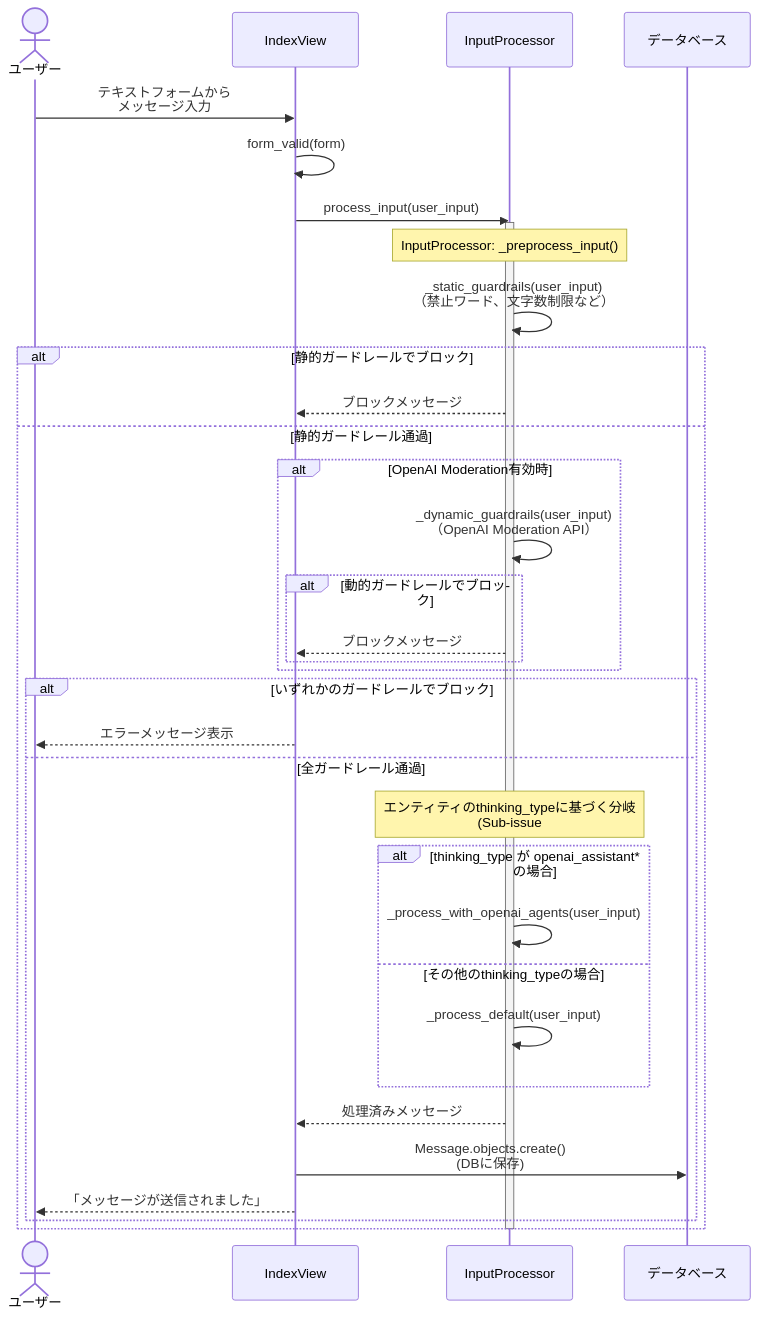
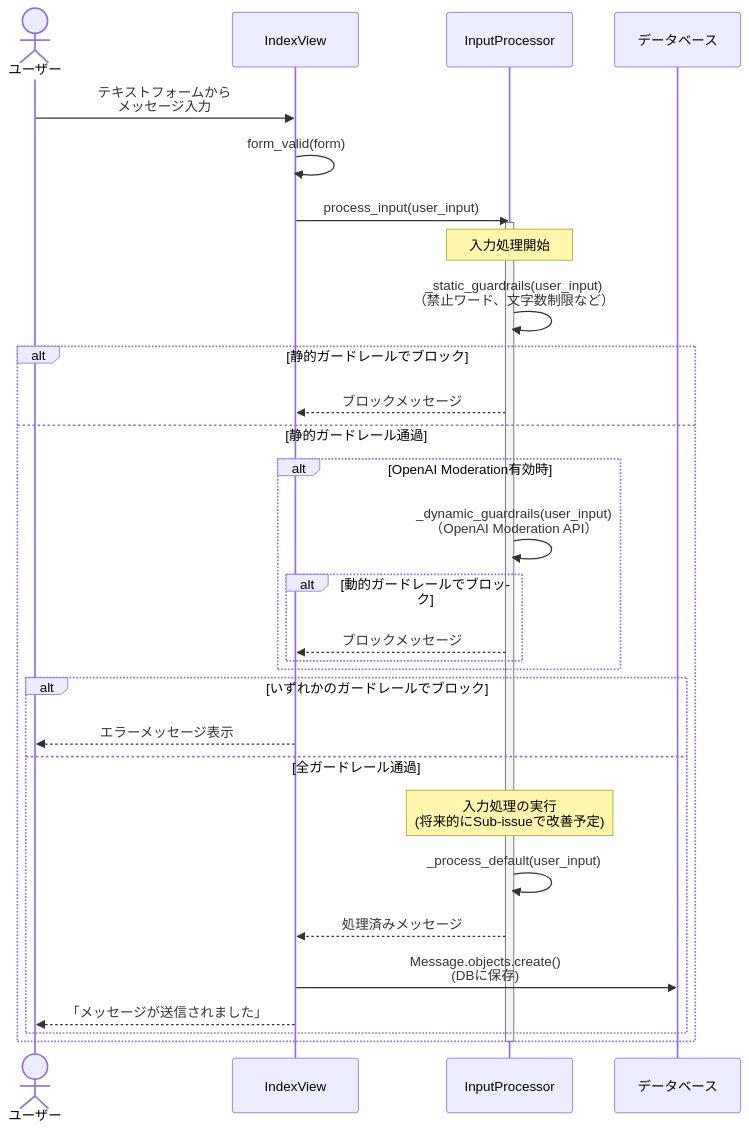
One commit to duri0214/portfolio changed the first of 2 diagrams in ai_agent/README.md. Above: the diagram before and after it, drawn with Mermaid. The commit also changed other lines of this file, not shown here.

Commit message:
update README: enhance documentation for guardrail features, input sanitization, and testing specifics

````diff
--- a/ai_agent/README.md
+++ b/ai_agent/README.md
@@ -137,41 +184,37 @@
 ```mermaid
 sequenceDiagram
     actor User as ユーザー
     participant View as IndexView
     participant IP as InputProcessor
     participant DB as データベース
 
     User->>View: テキストフォームから<br>メッセージ入力
     View->>View: form_valid(form)
     View->>IP: process_input(user_input)
 
     activate IP
-    Note over IP: InputProcessor: _preprocess_input()
+    Note over IP: 入力処理開始
     IP->>IP: _static_guardrails(user_input)<br>（禁止ワード、文字数制限など）
     alt 静的ガードレールでブロック
         IP-->>View: ブロックメッセージ
     else 静的ガードレール通過
         alt OpenAI Moderation有効時
             IP->>IP: _dynamic_guardrails(user_input)<br>（OpenAI Moderation API）
             alt 動的ガードレールでブロック
                 IP-->>View: ブロックメッセージ
             end
         end
 
         alt いずれかのガードレールでブロック
             View-->>User: エラーメッセージ表示
         else 全ガードレール通過
-            Note over IP: エンティティのthinking_typeに基づく分岐<br>(Sub-issue #7で改善予定)
-            alt thinking_type が openai_assistant* の場合
-                IP->>IP: _process_with_openai_agents(user_input)
-            else その他のthinking_typeの場合
-                IP->>IP: _process_default(user_input)
-            end
+            Note over IP: 入力処理の実行<br>(将来的にSub-issueで改善予定)
+            IP->>IP: _process_default(user_input)
 
             IP-->>View: 処理済みメッセージ
             View->>DB: Message.objects.create()<br>(DBに保存)
             View-->>User: 「メッセージが送信されました」
         end
     end
     deactivate IP
 ```
````
